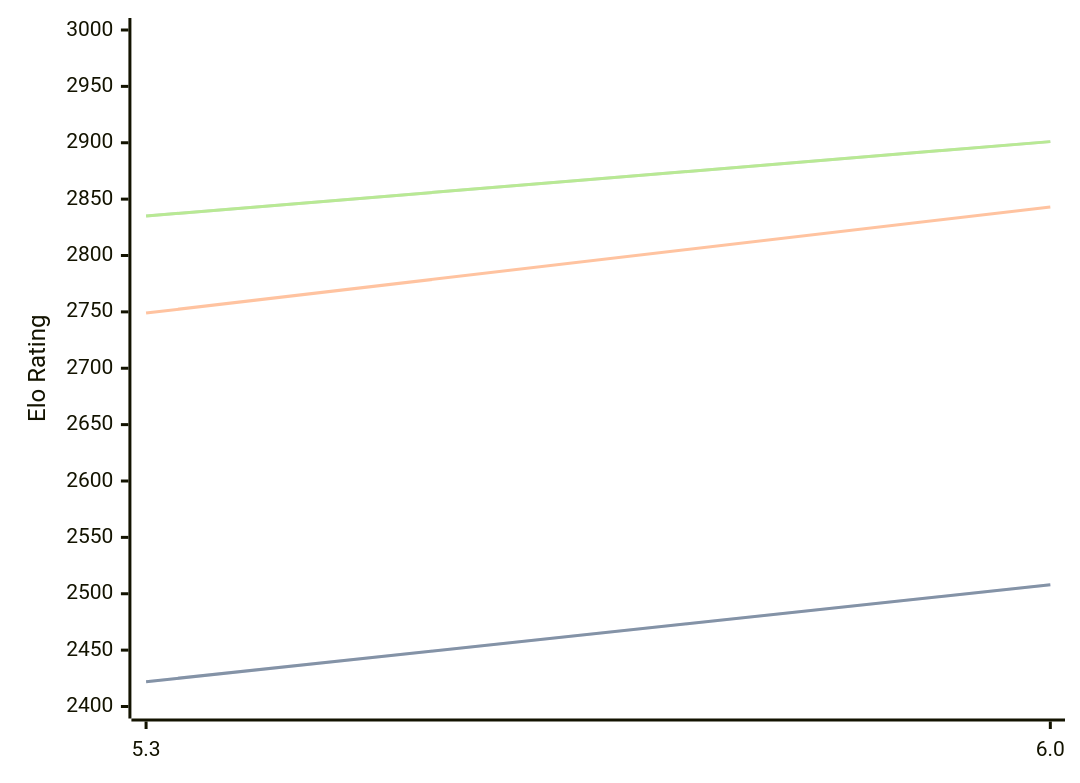
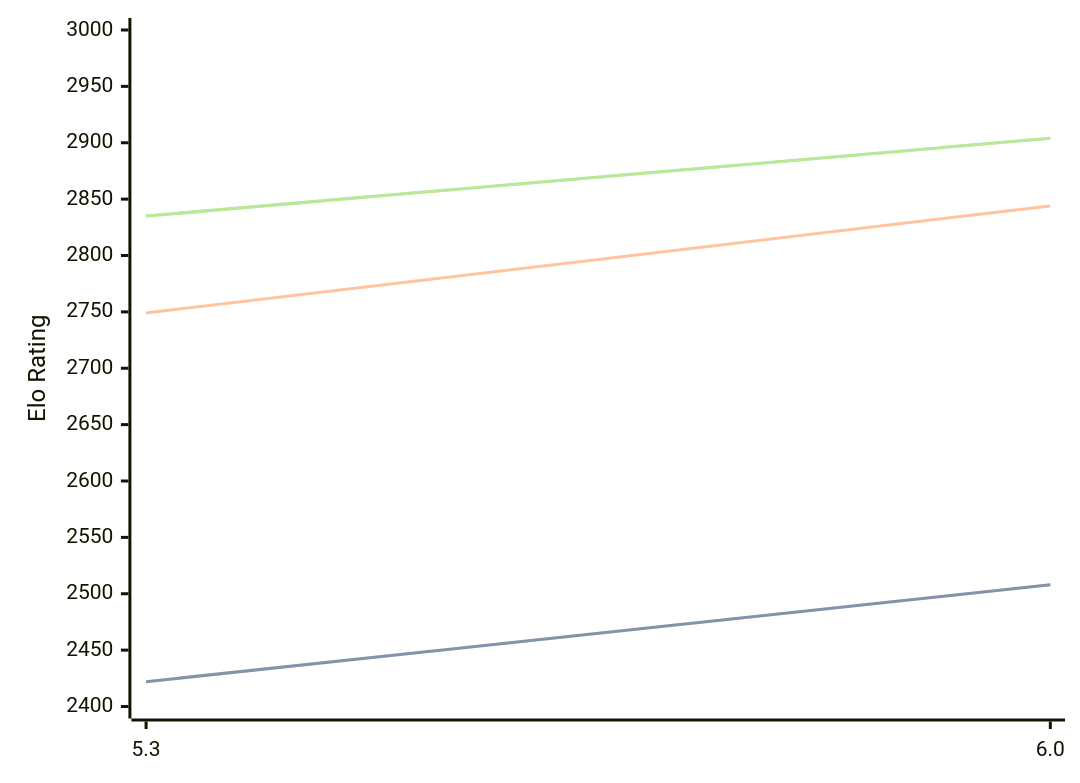
Before and after one commit to computer-chess-index/cci: the diagram in engines/tomitankChess.md, drawn with Mermaid. The commit also changed other lines of this file, not shown here.

Commit message:
Update CCI Ratings (ELO VLTC) - 2026-04-10

````diff
--- a/engines/tomitankChess.md
+++ b/engines/tomitankChess.md
@@ -40,11 +40,11 @@
 ```mermaid
 %%{init: {"theme":"base","themeVariables":{"seriesColors:['#a3a3a3','#222221','#faa371']}}}%%
 xychart-beta
   x-axis ["5.3", "6.0"]
   y-axis "Elo Rating" 2400 --> 3000
   line "STC (8.0+0.08s)" [2422, 2508]
   line "STC (8.0+0.08s)" [2422, 2508]
-  line "LTC (60.0+0.60s)" [2749, 2843]
-  line "VLTC (2m24s+1.12s)" [2835, 2901]
-  line "VLTC (2m24s+1.12s)" [2835, 2901]
+  line "LTC (60.0+0.60s)" [2749, 2844]
+  line "VLTC (2m24s+1.12s)" [2835, 2904]
+  line "VLTC (2m24s+1.12s)" [2835, 2904]
 ```
````
